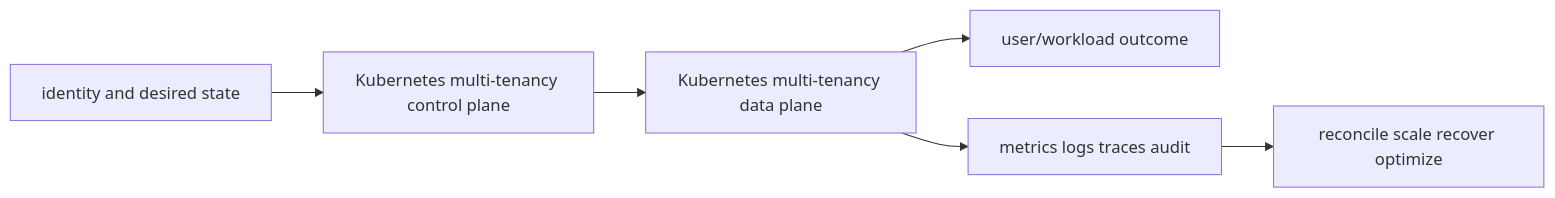
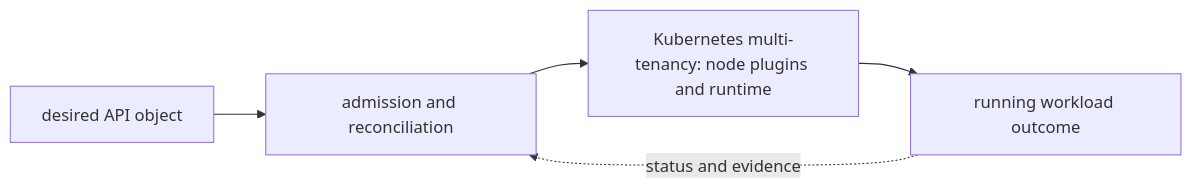
Before and after one commit to tomkidumbuyo/DevOps-interview-preparation: the diagram in 06-kubernetes/05-security/05-multitenancy/README.md, drawn with Mermaid. The commit also changed other lines of this file and 753 other files, not shown here.

````diff
--- a/06-kubernetes/05-security/05-multitenancy/README.md
+++ b/06-kubernetes/05-security/05-multitenancy/README.md
@@ -19,8 +31,7 @@
 ```mermaid
 flowchart LR
-  I[identity and desired state] --> C[Kubernetes multi-tenancy control plane]
-  C --> D[Kubernetes multi-tenancy data plane]
-  D --> U[user/workload outcome]
-  D --> O[metrics logs traces audit]
-  O --> R[reconcile scale recover optimize]
+  A["desired API object"] --> B["admission and reconciliation"]
+  B --> C["Kubernetes multi-tenancy: node plugins and runtime"]
+  C --> D["running workload outcome"]
+  D -. "status and evidence" .-> B
 ```
````
